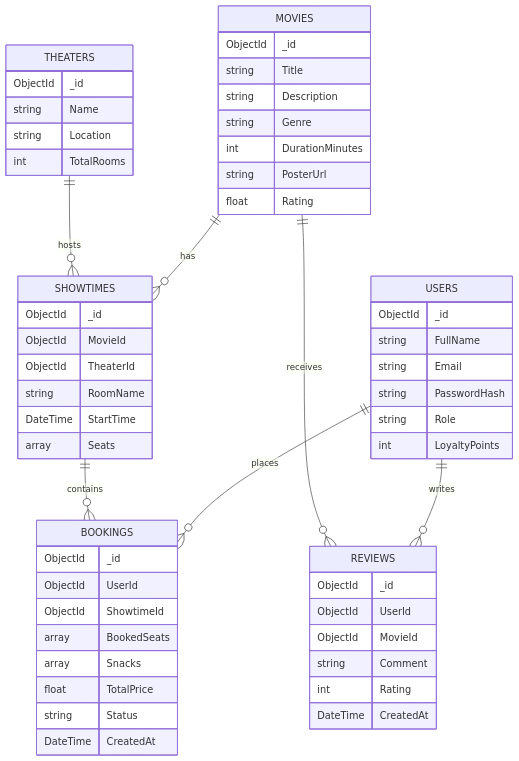
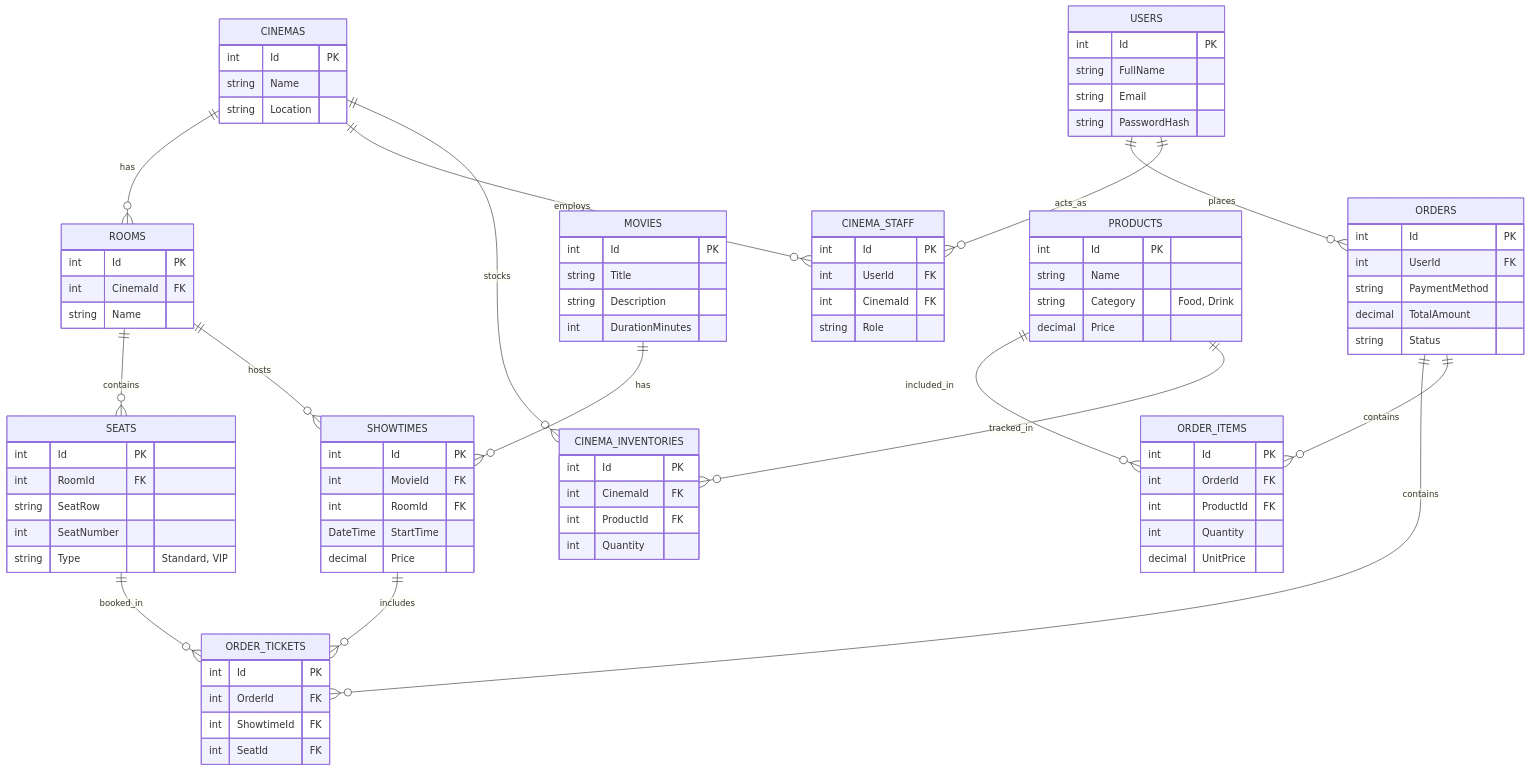
One commit to doctor-cato/software-engineering-project changed the diagram in Docs/data-model.md. Above: the diagram before and after it, drawn with Mermaid. The commit also changed other lines of this file and 4 other files, not shown here.

````diff
--- a/Docs/data-model.md
+++ b/Docs/data-model.md
@@ -6,64 +7,109 @@
 ```mermaid
 erDiagram
-    USERS ||--o{ BOOKINGS : "places"
-    USERS ||--o{ REVIEWS : "writes"
+    CINEMAS ||--o{ ROOMS : "has"
+    CINEMAS ||--o{ CINEMA_STAFF : "employs"
+    CINEMAS ||--o{ CINEMA_INVENTORIES : "stocks"
+    
+    ROOMS ||--o{ SEATS : "contains"
+    ROOMS ||--o{ SHOWTIMES : "hosts"
+    
     MOVIES ||--o{ SHOWTIMES : "has"
-    MOVIES ||--o{ REVIEWS : "receives"
-    THEATERS ||--o{ SHOWTIMES : "hosts"
-    SHOWTIMES ||--o{ BOOKINGS : "contains"
+    
+    USERS ||--o{ ORDERS : "places"
+    USERS ||--o{ CINEMA_STAFF : "acts_as"
+    
+    SHOWTIMES ||--o{ ORDER_TICKETS : "includes"
+    SEATS ||--o{ ORDER_TICKETS : "booked_in"
+    
+    ORDERS ||--o{ ORDER_TICKETS : "contains"
+    ORDERS ||--o{ ORDER_ITEMS : "contains"
+    
+    PRODUCTS ||--o{ ORDER_ITEMS : "included_in"
+    PRODUCTS ||--o{ CINEMA_INVENTORIES : "tracked_in"
+
+    CINEMAS {
+        int Id PK
+        string Name
+        string Location
+    }
+    
+    ROOMS {
+        int Id PK
+        int CinemaId FK
+        string Name
+    }
+    
+    SEATS {
+        int Id PK
+        int RoomId FK
+        string SeatRow
+        int SeatNumber
+        string Type "Standard, VIP"
+    }
 
     USERS {
-        ObjectId _id
+        int Id PK
         string FullName
         string Email
         string PasswordHash
+    }
+
+    CINEMA_STAFF {
+        int Id PK
+        int UserId FK
+        int CinemaId FK
         string Role
-        int LoyaltyPoints
     }
-    
+
     MOVIES {
-        ObjectId _id
+        int Id PK
         string Title
         string Description
-        string Genre
         int DurationMinutes
-        string PosterUrl
-        float Rating
-    }
-
-    THEATERS {
-        ObjectId _id
-        string Name
-        string Location
-        int TotalRooms
     }
 
     SHOWTIMES {
-        ObjectId _id
-        ObjectId MovieId
-        ObjectId TheaterId
-        string RoomName
+        int Id PK
+        int MovieId FK
+        int RoomId FK
         DateTime StartTime
-        array Seats
+        decimal Price
     }
 
-    BOOKINGS {
-        ObjectId _id
-        ObjectId UserId
-        ObjectId ShowtimeId
-        array BookedSeats
-        array Snacks
-        float TotalPrice
+    ORDERS {
+        int Id PK
+        int UserId FK
+        string PaymentMethod
+        decimal TotalAmount
         string Status
-        DateTime CreatedAt
     }
 
-    REVIEWS {
-        ObjectId _id
-        ObjectId UserId
-        ObjectId MovieId
-        string Comment
-        int Rating
-        DateTime CreatedAt
+    ORDER_TICKETS {
+        int Id PK
+        int OrderId FK
+        int ShowtimeId FK
+        int SeatId FK
+    }
+
+    PRODUCTS {
+        int Id PK
+        string Name
+        string Category "Food, Drink"
+        decimal Price
+    }
+
+    ORDER_ITEMS {
+        int Id PK
+        int OrderId FK
+        int ProductId FK
+        int Quantity
+        decimal UnitPrice
+    }
+
+    CINEMA_INVENTORIES {
+        int Id PK
+        int CinemaId FK
+        int ProductId FK
+        int Quantity
     }
 ```
````
